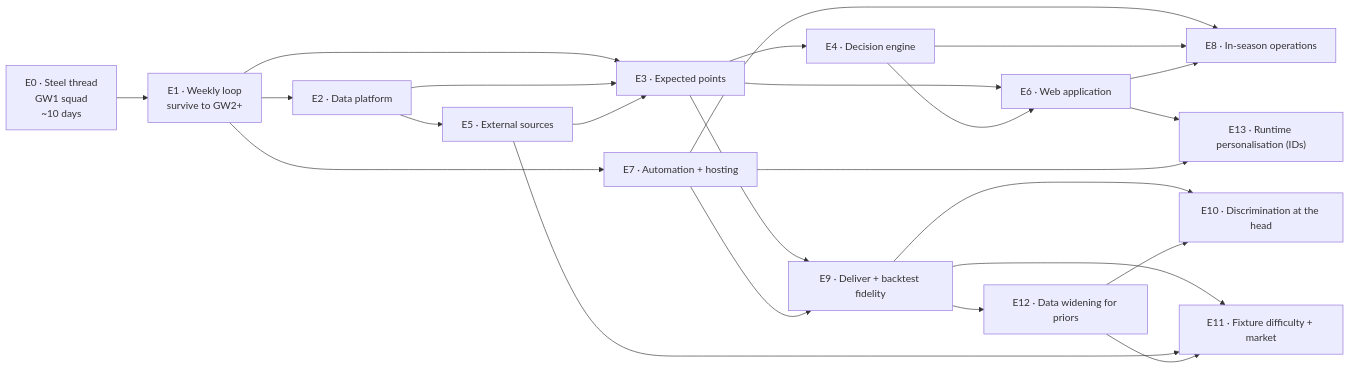
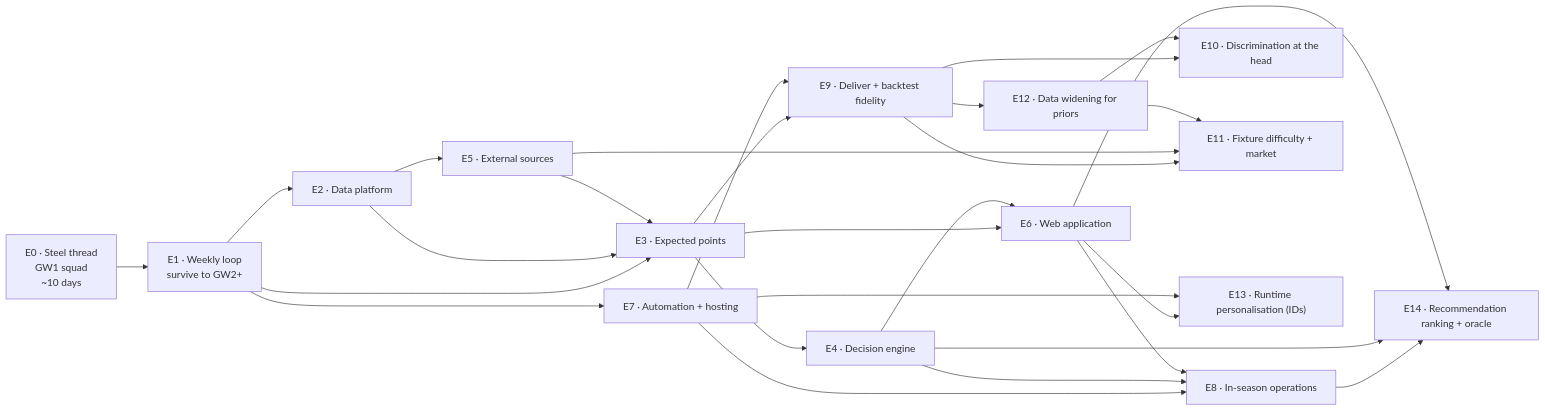
The diagram in docs/planning/epics/README.md (talonegg/fpl_dof2), drawn with Mermaid before and after one commit. The commit also changed other lines of this file and 27 other files, not shown here.

Commit message:
feat(E14): recommendation ranking, hindsight oracle, and live odds archiving

````diff
--- a/docs/planning/epics/README.md
+++ b/docs/planning/epics/README.md
@@ -25,26 +25,29 @@
 ```mermaid
 graph LR
     E0["E0 · Steel thread<br/>GW1 squad<br/>~10 days"] --> E1["E1 · Weekly loop<br/>survive to GW2+"]
     E1 --> E2["E2 · Data platform"]
     E1 --> E3["E3 · Expected points"]
     E2 --> E3
     E3 --> E4["E4 · Decision engine"]
     E2 --> E5["E5 · External sources"]
     E5 --> E3
     E3 --> E6["E6 · Web application"]
     E4 --> E6
     E1 --> E7["E7 · Automation + hosting"]
     E7 --> E8["E8 · In-season operations"]
     E4 --> E8
     E6 --> E8
     E3 --> E9["E9 · Deliver + backtest fidelity"]
     E7 --> E9
     E9 --> E10["E10 · Discrimination at the head"]
     E9 --> E11["E11 · Fixture difficulty + market"]
     E5 --> E11
     E9 --> E12["E12 · Data widening for priors"]
     E12 --> E10
     E12 --> E11
     E6 --> E13["E13 · Runtime personalisation (IDs)"]
     E7 --> E13
+    E8 --> E14["E14 · Recommendation ranking + oracle"]
+    E4 --> E14
+    E6 --> E14
 ```
````
